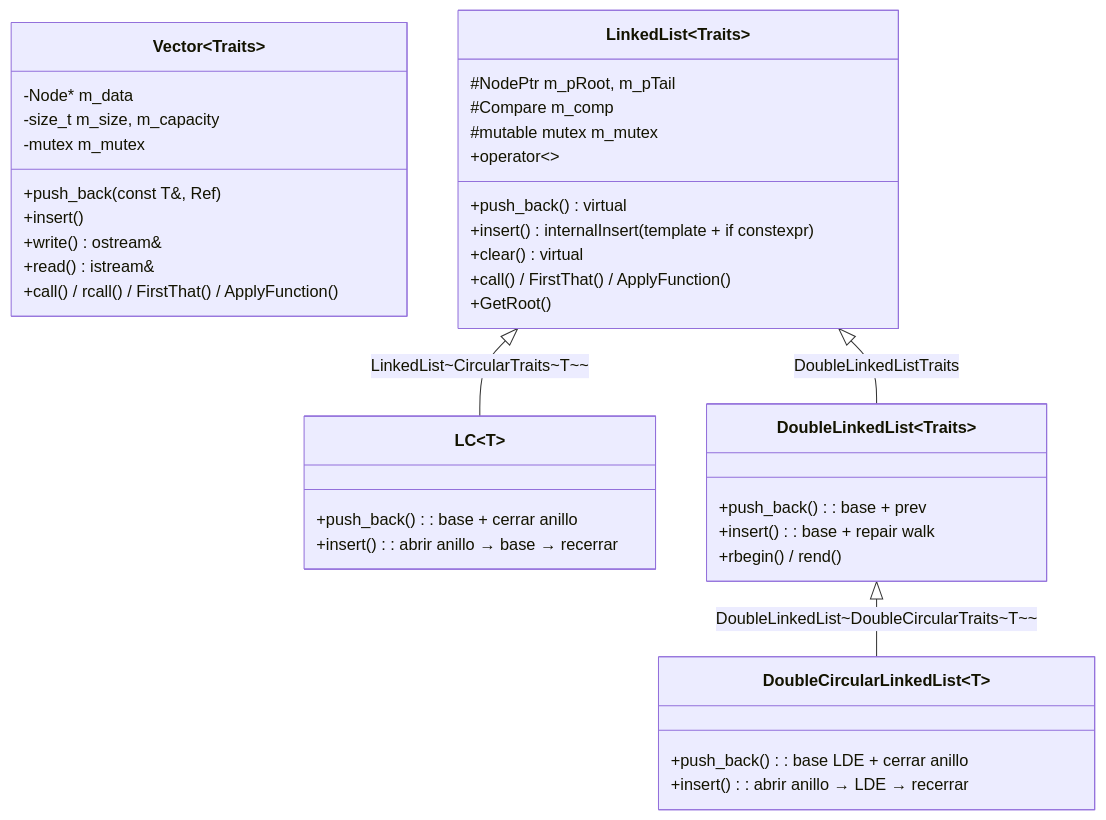
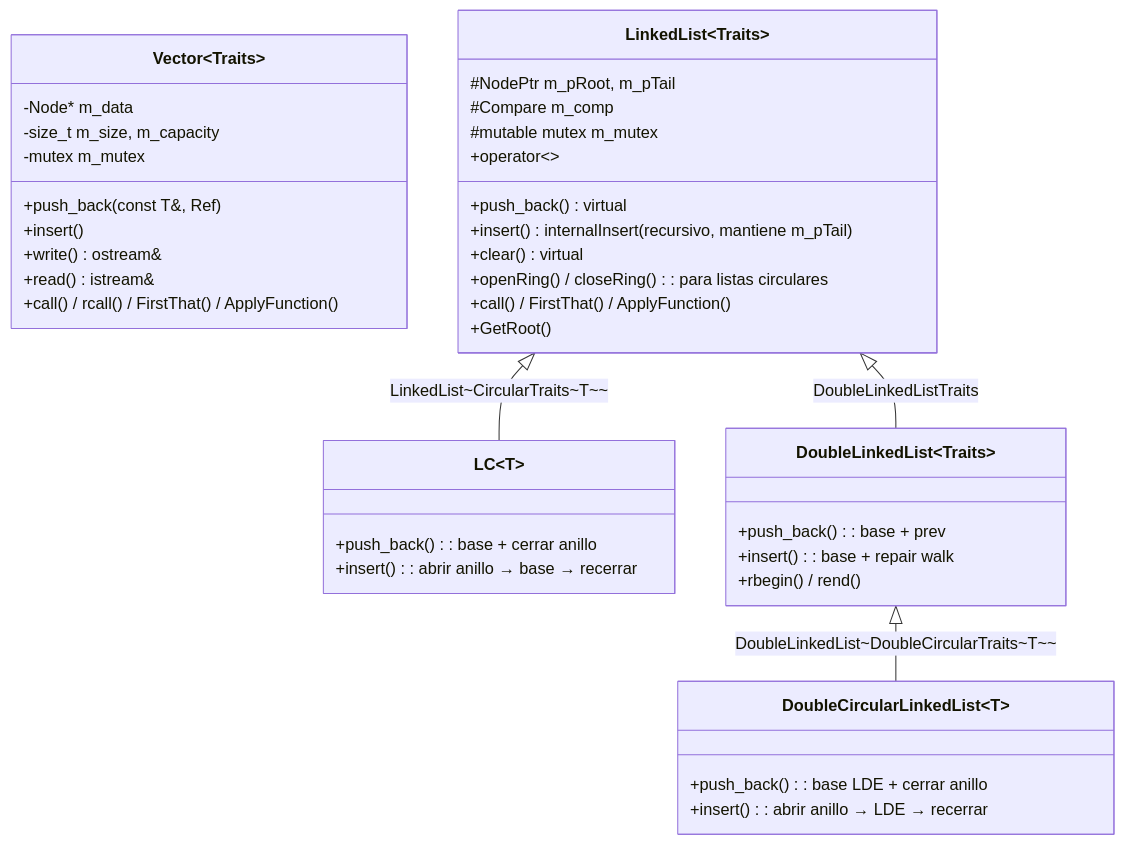
Before and after one commit to PieroVioleta/2026-II-CS-UNI-CC0E5-AEDAv: the third of 5 diagrams in docs/jerarquias-clases.md, drawn with Mermaid. The commit also changed other lines of this file and 4 other files, not shown here.

````diff
--- a/docs/jerarquias-clases.md
+++ b/docs/jerarquias-clases.md
@@ -79,40 +76,41 @@
 ```mermaid
 classDiagram
     class Vector~Traits~ {
         -Node* m_data
         -size_t m_size, m_capacity
         -mutex m_mutex
         +push_back(const T&, Ref)
         +insert()
         +write() ostream&
         +read() istream&
         +call() / rcall() / FirstThat() / ApplyFunction()
     }
     class LinkedList~Traits~ {
         #NodePtr m_pRoot, m_pTail
         #Compare m_comp
         #mutable mutex m_mutex
         +push_back() virtual
-        +insert() : internalInsert (template + if constexpr)
+        +insert() : internalInsert (recursivo, mantiene m_pTail)
         +clear() virtual
+        +openRing() / closeRing() : para listas circulares
         +operator<</operator>>
         +call() / FirstThat() / ApplyFunction()
         +GetRoot()
     }
     class LC~T~ {
         +push_back() : base + cerrar anillo
         +insert() : abrir anillo → base → recerrar
     }
     class DoubleLinkedList~Traits~ {
         +push_back() : base + prev
         +insert() : base + repair walk
         +rbegin() / rend()
     }
     class DoubleCircularLinkedList~T~ {
         +push_back() : base LDE + cerrar anillo
         +insert() : abrir anillo → LDE → recerrar
     }
     LinkedList~Traits~ <|-- LC~T~ : LinkedList~CircularTraits~T~~
     LinkedList~Traits~ <|-- DoubleLinkedList~Traits~ : DoubleLinkedListTraits
     DoubleLinkedList~Traits~ <|-- DoubleCircularLinkedList~T~ : DoubleLinkedList~DoubleCircularTraits~T~~
 ```
````
